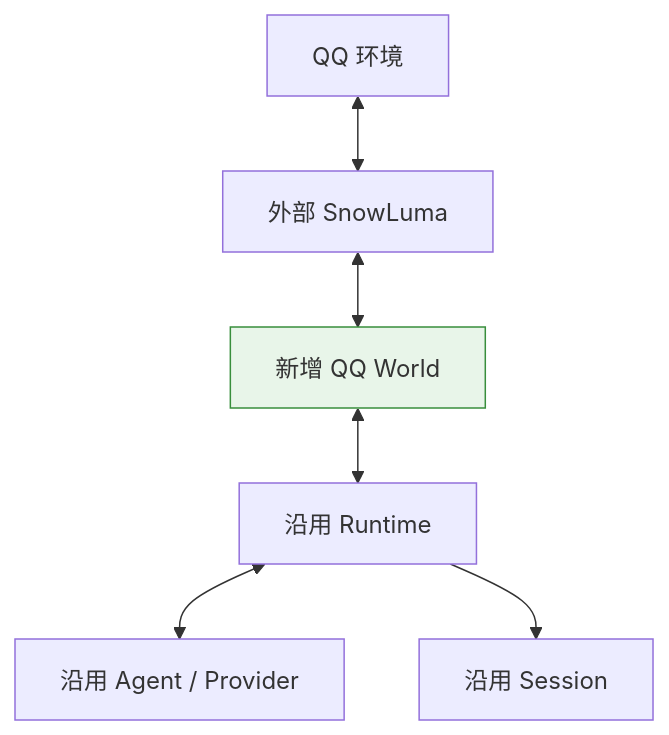
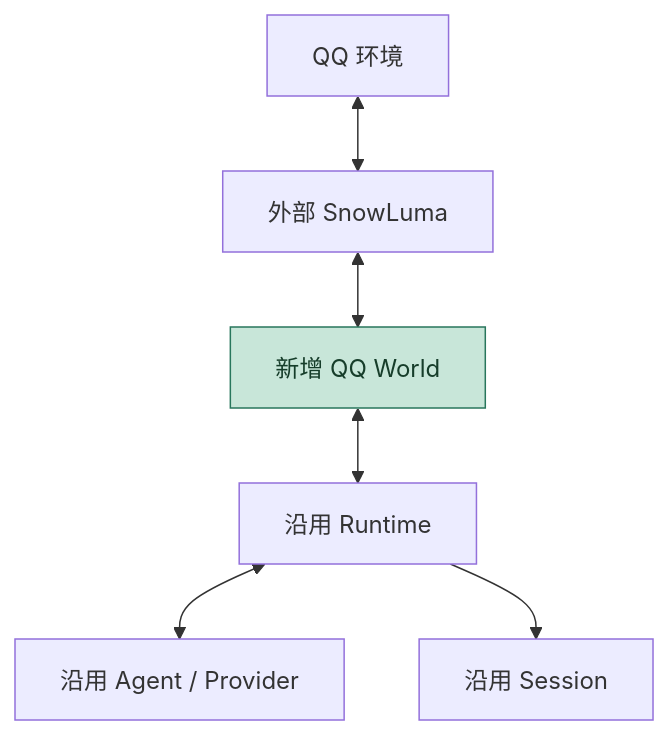
Before and after one commit to 13776578253-glitch/1002bot: the first of 4 diagrams in docs/2026-10-11-M4.1进度与架构图.md, drawn with Mermaid. The commit also changed other lines of this file and 3 other files, not shown here.

````diff
--- a/docs/2026-10-11-M4.1进度与架构图.md
+++ b/docs/2026-10-11-M4.1进度与架构图.md
@@ -15,9 +15,10 @@
 ```mermaid
 flowchart TB
   Q[QQ 环境] <--> B[外部 SnowLuma]
   B <--> W[新增 QQ World]
   W <--> R[沿用 Runtime]
   R <--> A[沿用 Agent / Provider]
   R --> S[沿用 Session]
-  style W fill:#e8f5e9,stroke:#388e3c
+  classDef added fill:#c8e6d9,stroke:#28765c,color:#163d2a;
+  class W added;
 ```
````
